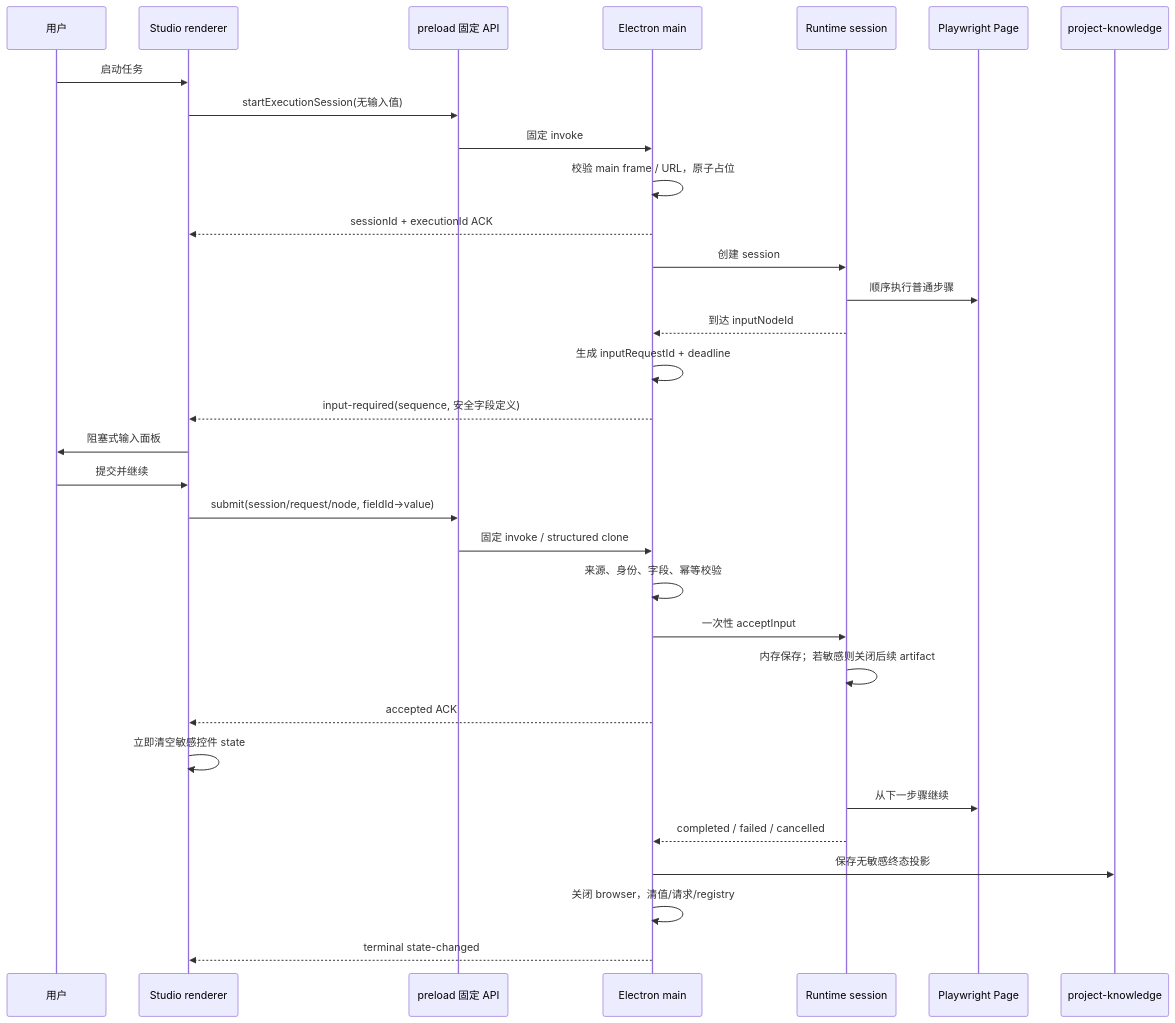
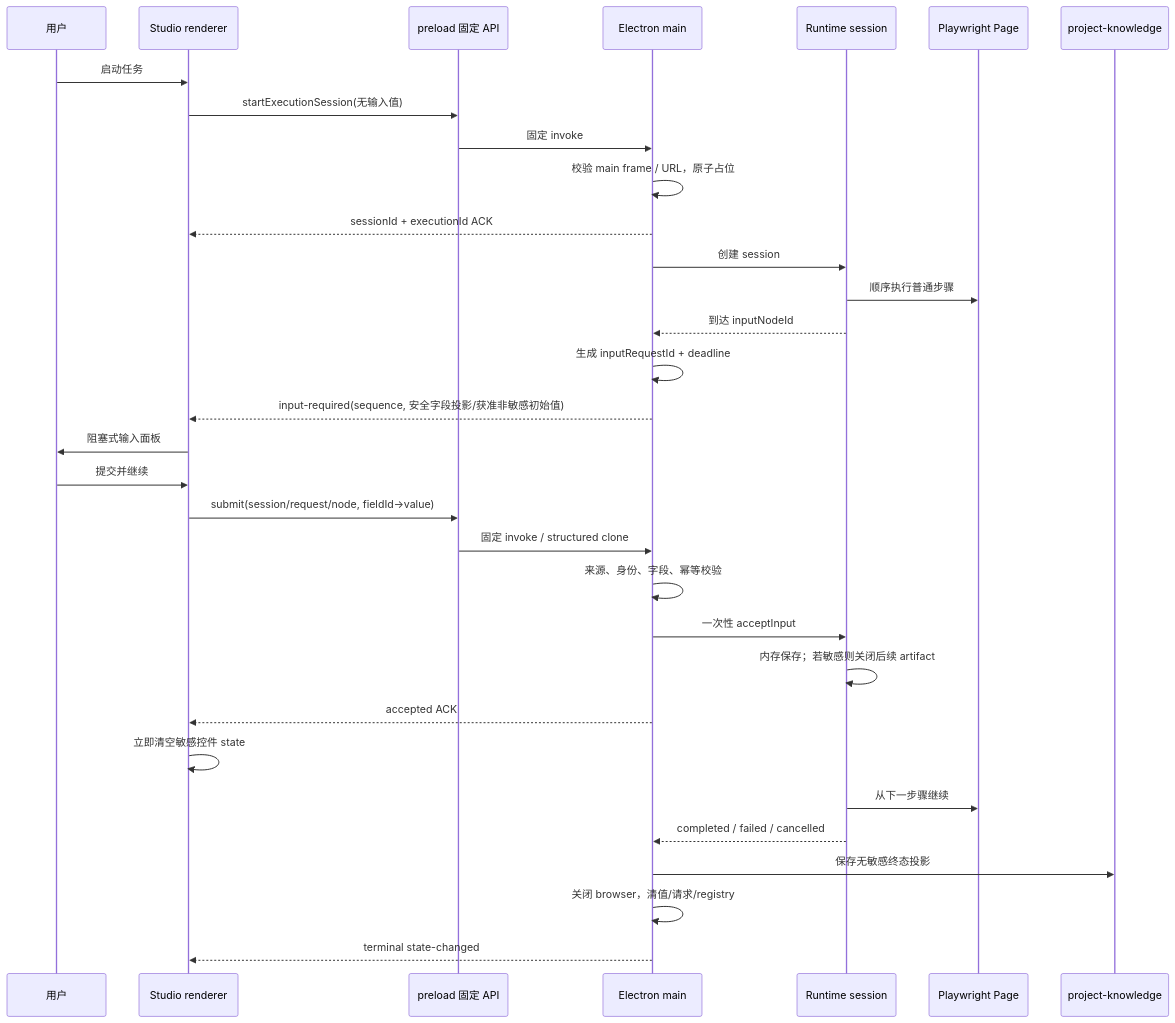
One commit to linggougou/flowweave changed the diagram in docs/design-docs/vnext-runtime-input-session.md. Above: the diagram before and after it, drawn with Mermaid. The commit also changed other lines of this file and 1 other file, not shown here.

````diff
--- a/docs/design-docs/vnext-runtime-input-session.md
+++ b/docs/design-docs/vnext-runtime-input-session.md
@@ -422,35 +447,35 @@
 ```mermaid
 sequenceDiagram
   participant U as 用户
   participant R as Studio renderer
   participant P as preload 固定 API
   participant M as Electron main
   participant X as Runtime session
   participant B as Playwright Page
   participant K as project-knowledge
 
   U->>R: 启动任务
   R->>P: startExecutionSession(无输入值)
   P->>M: 固定 invoke
   M->>M: 校验 main frame / URL，原子占位
   M-->>R: sessionId + executionId ACK
   M->>X: 创建 session
   X->>B: 顺序执行普通步骤
   X-->>M: 到达 inputNodeId
   M->>M: 生成 inputRequestId + deadline
-  M-->>R: input-required(sequence, 安全字段定义)
+  M-->>R: input-required(sequence, 安全字段投影/获准非敏感初始值)
   R->>U: 阻塞式输入面板
   U->>R: 提交并继续
   R->>P: submit(session/request/node, fieldId→value)
   P->>M: 固定 invoke / structured clone
   M->>M: 来源、身份、字段、幂等校验
   M->>X: 一次性 acceptInput
   X->>X: 内存保存；若敏感则关闭后续 artifact
   M-->>R: accepted ACK
   R->>R: 立即清空敏感控件 state
   X->>B: 从下一步骤继续
   X-->>M: completed / failed / cancelled
   M->>K: 保存无敏感终态投影
   M->>M: 关闭 browser，清值/请求/registry
   M-->>R: terminal state-changed
 ```
````
